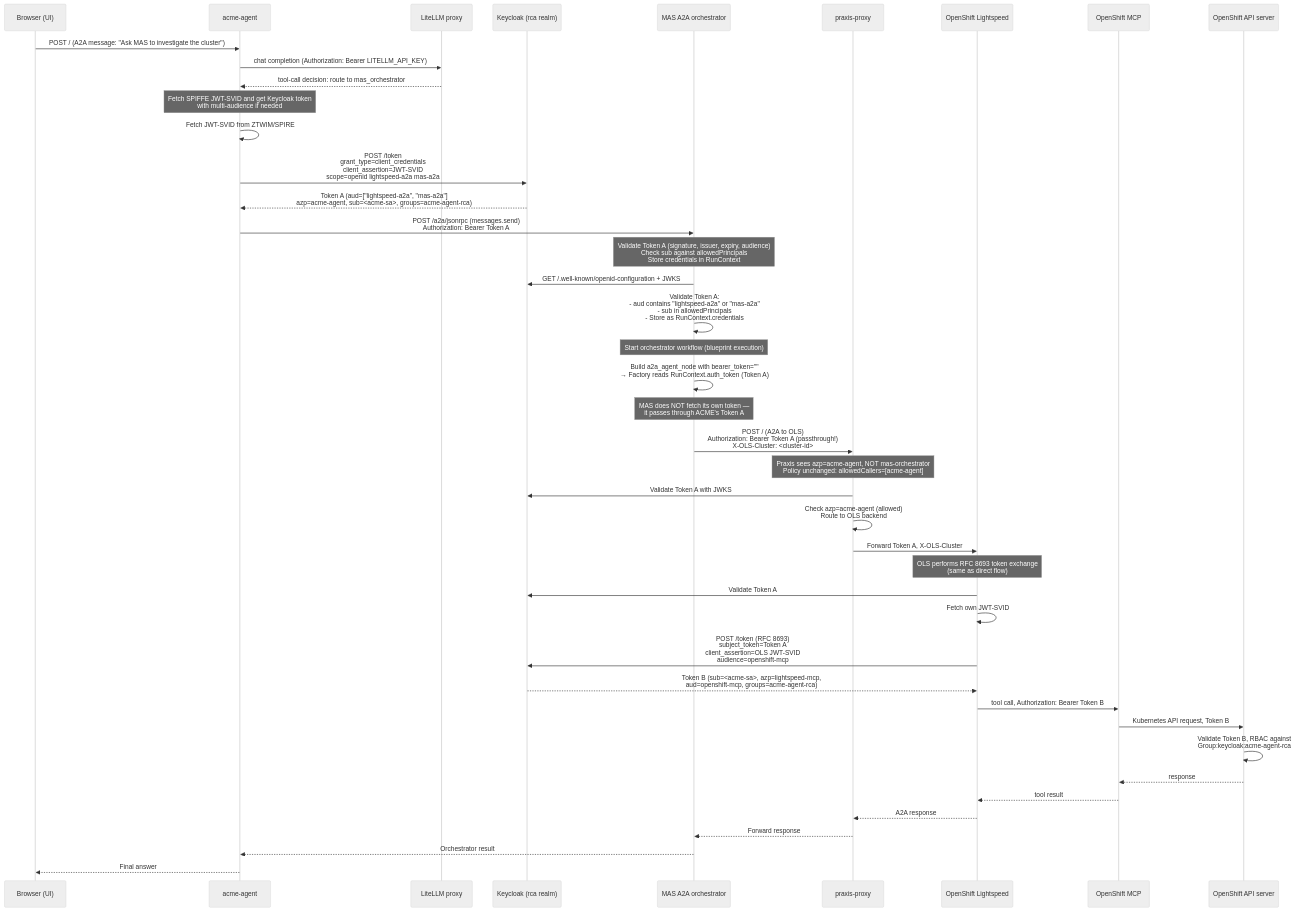
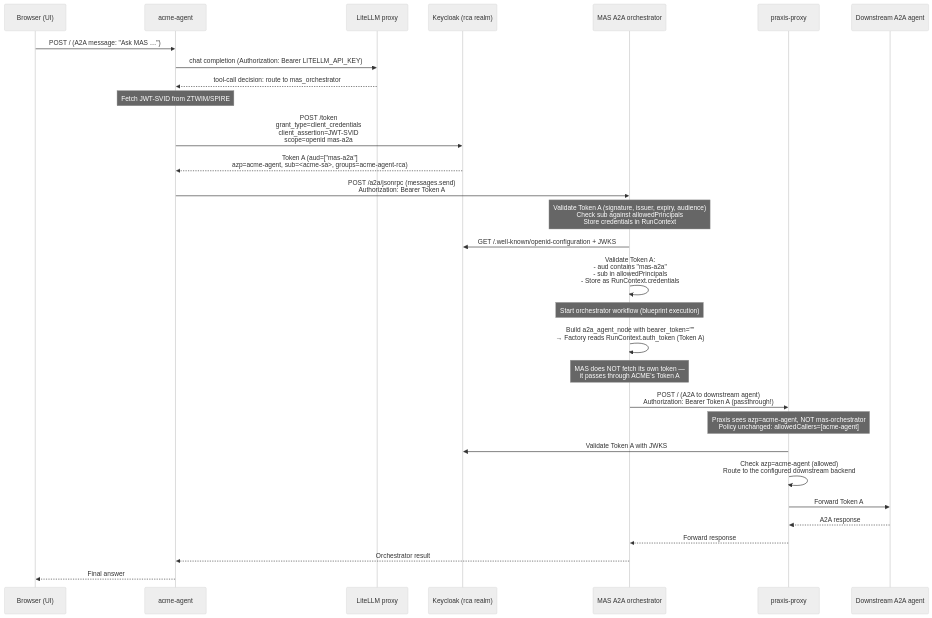
One commit to luis5tb/multicloud-gitops changed the diagram in agents/AUTHENTICATION.md. Above: the diagram before and after it, drawn with Mermaid (neutral theme). The commit also changed other lines of this file and 87 other files, not shown here.

First line of the commit message:
Remove OLS investigation backend and RHOAI

````diff
--- a/agents/AUTHENTICATION.md
+++ b/agents/AUTHENTICATION.md
@@ -153,56 +46,41 @@
 ```mermaid
 sequenceDiagram
     participant User as Browser (UI)
     participant Acme as acme-agent
     participant LLM as LiteLLM proxy
     participant KC as Keycloak (rca realm)
     participant MAS as MAS A2A orchestrator
     participant Praxis as praxis-proxy
-    participant OLS as OpenShift Lightspeed
-    participant MCP as OpenShift MCP
-    participant API as OpenShift API server
+    participant Down as Downstream A2A agent
 
-    User->>Acme: POST / (A2A message: "Ask MAS to investigate the cluster")
-    
+    User->>Acme: POST / (A2A message: "Ask MAS …")
+
     Acme->>LLM: chat completion (Authorization: Bearer LITELLM_API_KEY)
     LLM-->>Acme: tool-call decision: route to mas_orchestrator
-    
-    Note over Acme: Fetch SPIFFE JWT-SVID and get Keycloak token<br/>with multi-audience if needed
-    Acme->>Acme: Fetch JWT-SVID from ZTWIM/SPIRE
-    Acme->>KC: POST /token<br/>grant_type=client_credentials<br/>client_assertion=JWT-SVID<br/>scope=openid lightspeed-a2a mas-a2a
-    KC-->>Acme: Token A (aud=["lightspeed-a2a", "mas-a2a"]<br/>azp=acme-agent, sub=<acme-sa>, groups=acme-agent-rca)
-    
+
+    Note over Acme: Fetch JWT-SVID from ZTWIM/SPIRE
+    Acme->>KC: POST /token<br/>grant_type=client_credentials<br/>client_assertion=JWT-SVID<br/>scope=openid mas-a2a
+    KC-->>Acme: Token A (aud=["mas-a2a"]<br/>azp=acme-agent, sub=<acme-sa>, groups=acme-agent-rca)
+
     Acme->>MAS: POST /a2a/jsonrpc (messages.send)<br/>Authorization: Bearer Token A
-    
+
     Note over MAS: Validate Token A (signature, issuer, expiry, audience)<br/>Check sub against allowedPrincipals<br/>Store credentials in RunContext
     MAS->>KC: GET /.well-known/openid-configuration + JWKS
-    MAS->>MAS: Validate Token A:<br/>- aud contains "lightspeed-a2a" or "mas-a2a"<br/>- sub in allowedPrincipals<br/>- Store as RunContext.credentials
-    
+    MAS->>MAS: Validate Token A:<br/>- aud contains "mas-a2a"<br/>- sub in allowedPrincipals<br/>- Store as RunContext.credentials
+
     Note over MAS: Start orchestrator workflow (blueprint execution)
     MAS->>MAS: Build a2a_agent_node with bearer_token=""<br/>→ Factory reads RunContext.auth_token (Token A)
-    
+
     Note over MAS: MAS does NOT fetch its own token —<br/>it passes through ACME's Token A
-    MAS->>Praxis: POST / (A2A to OLS)<br/>Authorization: Bearer Token A (passthrough!)<br/>X-OLS-Cluster: <cluster-id>
-    
+    MAS->>Praxis: POST / (A2A to downstream agent)<br/>Authorization: Bearer Token A (passthrough!)
+
     Note over Praxis: Praxis sees azp=acme-agent, NOT mas-orchestrator<br/>Policy unchanged: allowedCallers=[acme-agent]
     Praxis->>KC: Validate Token A with JWKS
-    Praxis->>Praxis: Check azp=acme-agent (allowed)<br/>Route to OLS backend
-    Praxis->>OLS: Forward Token A, X-OLS-Cluster
-    
-    Note over OLS: OLS performs RFC 8693 token exchange<br/>(same as direct flow)
-    OLS->>KC: Validate Token A
-    OLS->>OLS: Fetch own JWT-SVID
-    OLS->>KC: POST /token (RFC 8693)<br/>subject_token=Token A<br/>client_assertion=OLS JWT-SVID<br/>audience=openshift-mcp
-    KC-->>OLS: Token B (sub=<acme-sa>, azp=lightspeed-mcp,<br/>aud=openshift-mcp, groups=acme-agent-rca)
-    
-    OLS->>MCP: tool call, Authorization: Bearer Token B
-    MCP->>API: Kubernetes API request, Token B
-    API->>API: Validate Token B, RBAC against<br/>Group:keycloak:acme-agent-rca
-    API-->>MCP: response
-    MCP-->>OLS: tool result
-    
-    OLS-->>Praxis: A2A response
+    Praxis->>Praxis: Check azp=acme-agent (allowed)<br/>Route to the configured downstream backend
+    Praxis->>Down: Forward Token A
+
+    Down-->>Praxis: A2A response
     Praxis-->>MAS: Forward response
     MAS-->>Acme: Orchestrator result
     Acme-->>User: Final answer
 ```
````
